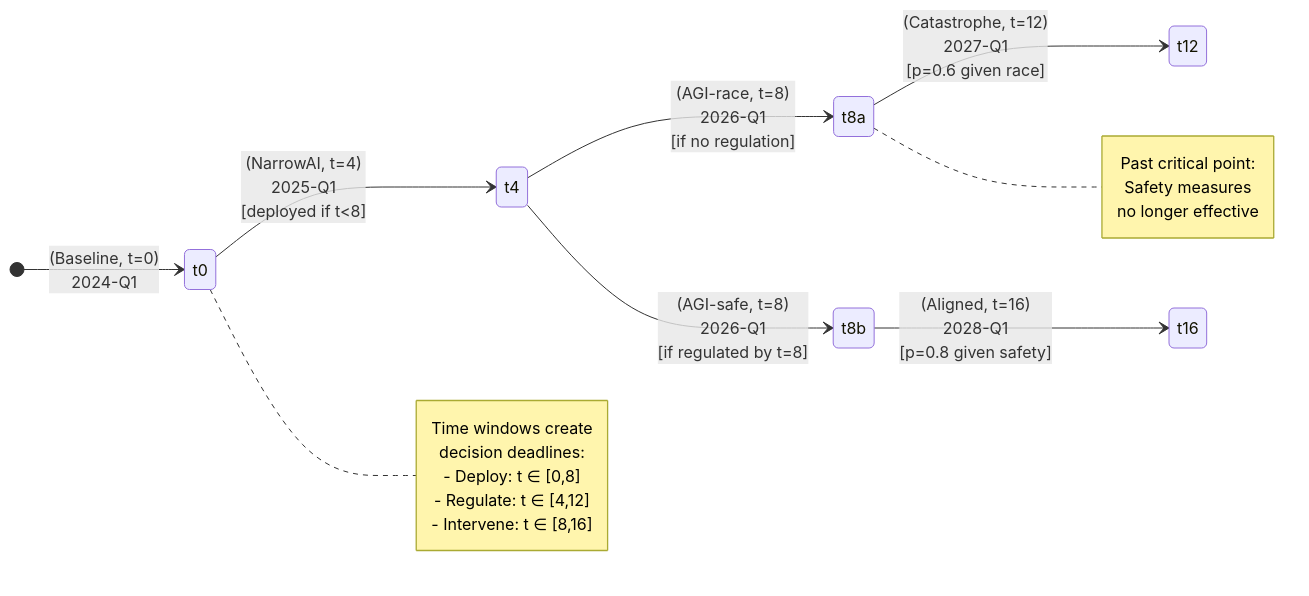
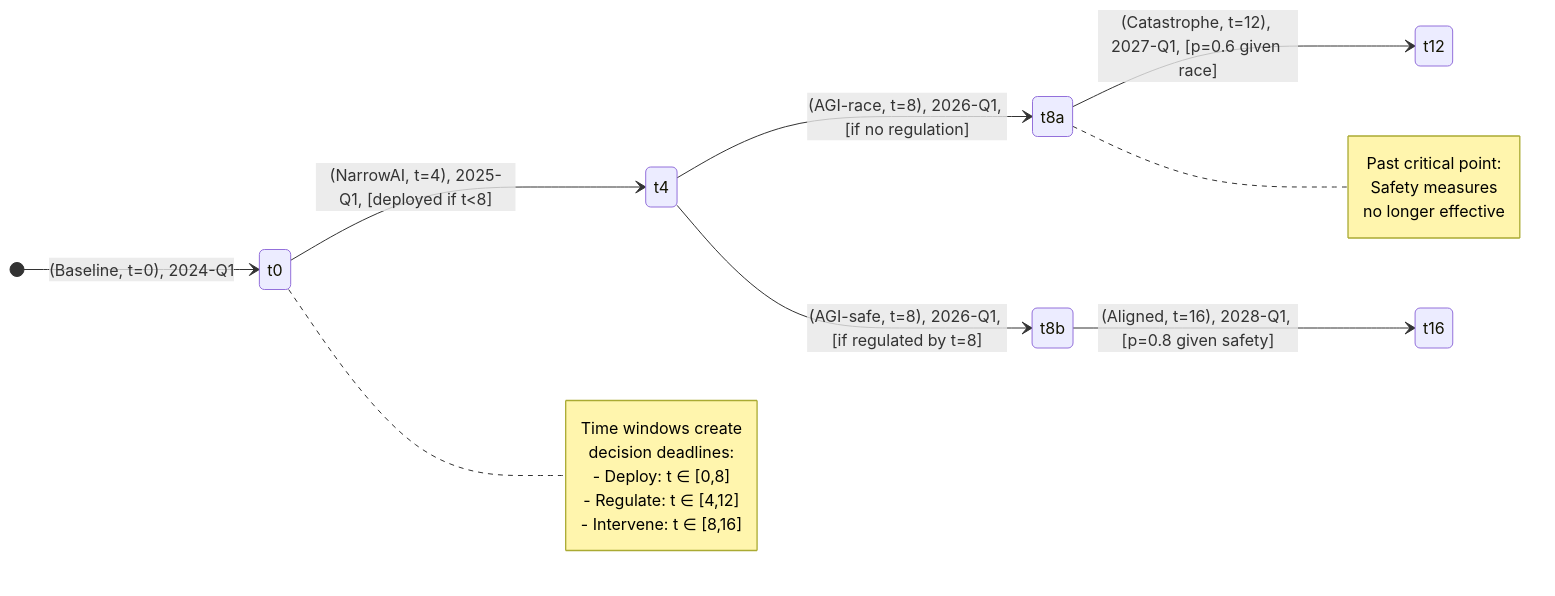
Before and after one commit to bhi5hmaraj/ai-risk-ttx: the fourth of 13 diagrams in research/ai_futures/eli/engineering_graduate.md, drawn with Mermaid. The commit also changed other lines of this file and 8 other files, not shown here.

First line of the commit message:
fix: Remove all <br/> tags from Mermaid diagrams and add validation

````diff
--- a/research/ai_futures/eli/engineering_graduate.md
+++ b/research/ai_futures/eli/engineering_graduate.md
@@ -159,29 +159,29 @@
 ```mermaid
 stateDiagram-v2
     direction LR
 
-    [*] --> t0: (Baseline, t=0)<br/>2024-Q1
+    [*] --> t0: (Baseline, t=0), 2024-Q1
 
-    t0 --> t4: (NarrowAI, t=4)<br/>2025-Q1<br/>[deployed if t<8]
+    t0 --> t4: (NarrowAI, t=4), 2025-Q1, [deployed if t<8]
 
-    t4 --> t8a: (AGI-race, t=8)<br/>2026-Q1<br/>[if no regulation]
-    t4 --> t8b: (AGI-safe, t=8)<br/>2026-Q1<br/>[if regulated by t=8]
+    t4 --> t8a: (AGI-race, t=8), 2026-Q1, [if no regulation]
+    t4 --> t8b: (AGI-safe, t=8), 2026-Q1, [if regulated by t=8]
 
-    t8a --> t12: (Catastrophe, t=12)<br/>2027-Q1<br/>[p=0.6 given race]
+    t8a --> t12: (Catastrophe, t=12), 2027-Q1, [p=0.6 given race]
 
-    t8b --> t16: (Aligned, t=16)<br/>2028-Q1<br/>[p=0.8 given safety]
+    t8b --> t16: (Aligned, t=16), 2028-Q1, [p=0.8 given safety]
 
     note right of t0
         Time windows create
         decision deadlines:
         - Deploy: t ∈ [0,8]
         - Regulate: t ∈ [4,12]
         - Intervene: t ∈ [8,16]
     end note
 
     note right of t8a
         Past critical point:
         Safety measures
         no longer effective
     end note
 ```
````
